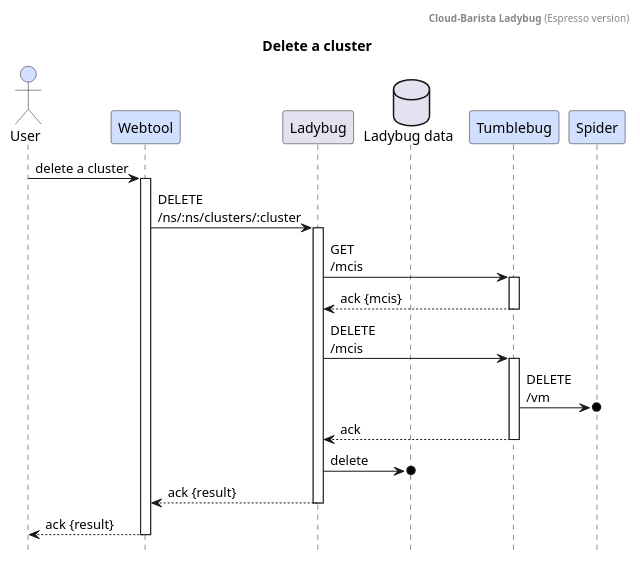
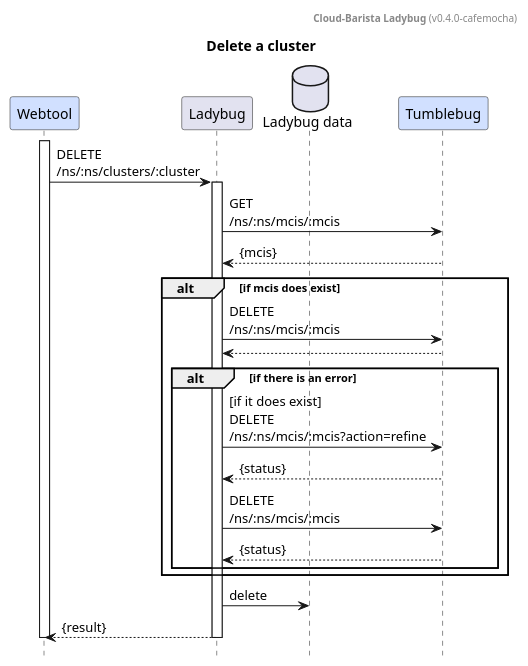
One commit to cloud-barista/cloud-barista changed the diagram in cb-ladybug/docs/design/cluster-delete.puml. Above: the diagram before and after it, drawn with PlantUML. The commit also changed 2027 other files, not shown here.

```diff
--- a/cb-ladybug/docs/design/cluster-delete.puml
+++ b/cb-ladybug/docs/design/cluster-delete.puml
@@ -1,41 +1,40 @@
-@@startuml
+@startuml
 
-header **Cloud-Barista Ladybug** (Espresso version)
+header **Cloud-Barista Ladybug** (v0.4.0-cafemocha)
 title Delete a cluster
 hide footbox
 
-actor		"User"			as user			#d1e0ff
 participant	"Webtool"		as webtool		#d1e0ff
 participant	"Ladybug"		as provider
 database	"Ladybug data"	as db
 participant	"Tumblebug"		as tumblebug	#d1e0ff
-participant	"Spider"		as spider		#d1e0ff
 
-
-user		->	webtool		: delete a cluster
 
 activate webtool
 	webtool		->	provider		: DELETE\n/ns/:ns/clusters/:cluster
 
 	activate provider
-		provider	->	tumblebug	: GET\n/mcis
-		activate tumblebug
-			tumblebug	-->	provider 	: ack {mcis}
-		deactivate tumblebug
+		provider	->	tumblebug	: GET\n/ns/:ns/mcis/:mcis
+		tumblebug	-->	provider	: {mcis}
+		alt if mcis does exist 
+			provider	->	tumblebug	: DELETE\n/ns/:ns/mcis/:mcis
+			tumblebug	-->	provider
 
-		provider	->	tumblebug	: DELETE\n/mcis
-	
-		activate tumblebug
-			tumblebug	->o	spider		: DELETE\n/vm
-			tumblebug	-->	provider 	: ack
-		deactivate tumblebug
+			alt if there is an error
+				provider	->	tumblebug	: [if it does exist]\nDELETE\n/ns/:ns/mcis/:mcis?action=refine
+				tumblebug	-->	provider	: {status}
+				
+				provider	->	tumblebug	: DELETE\n/ns/:ns/mcis/:mcis
+				tumblebug	-->	provider	: {status}
+			end
 
-		provider	->o	db	: delete
-		provider		-->	webtool		: ack {result}
+		end
+
+		provider	->	db	: delete
+		provider	-->	webtool		: {result}
 
 	deactivate provider
 
-	webtool	-->	user	: ack {result}
 deactivate webtool
 
-@@enduml
+@enduml
```
